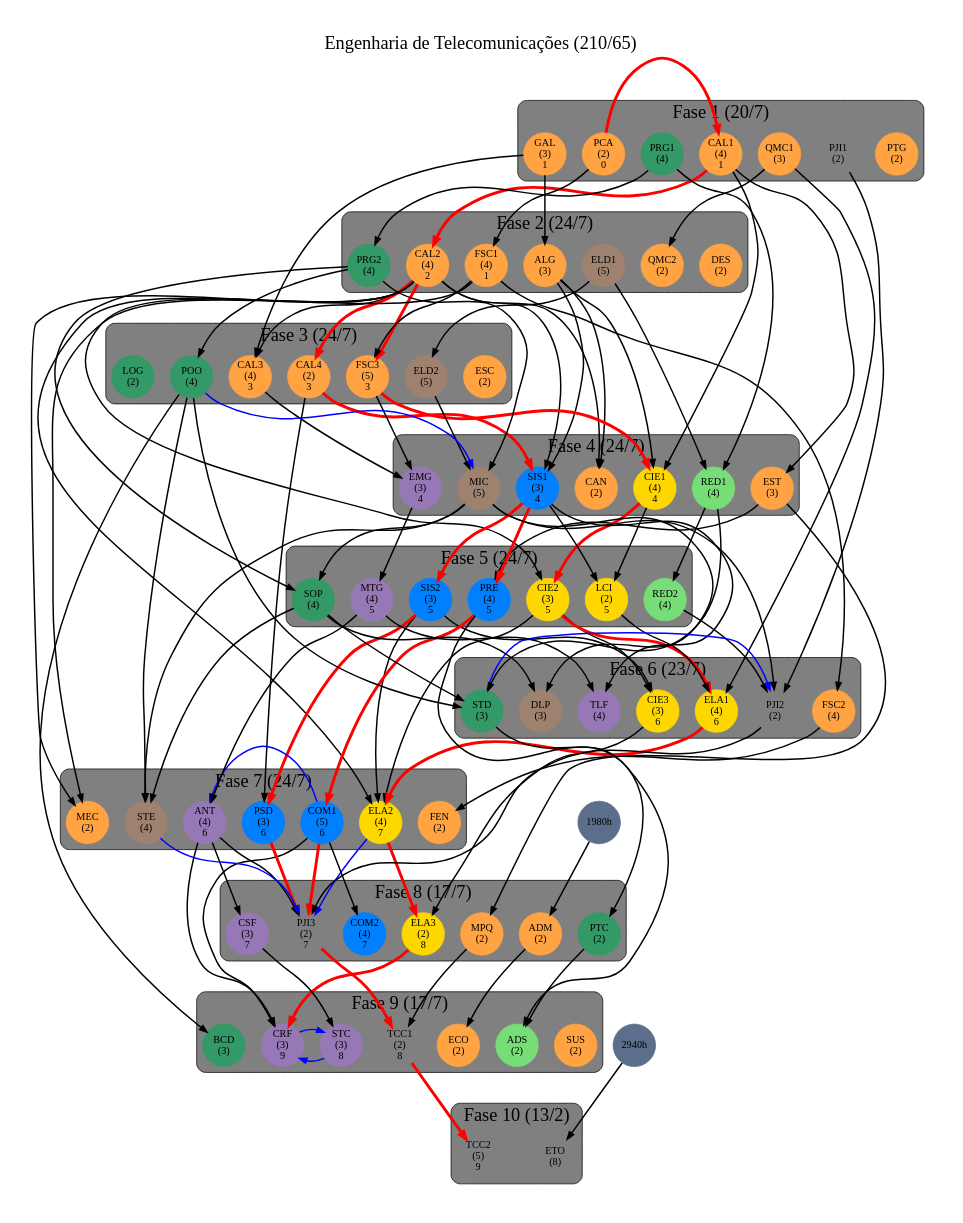
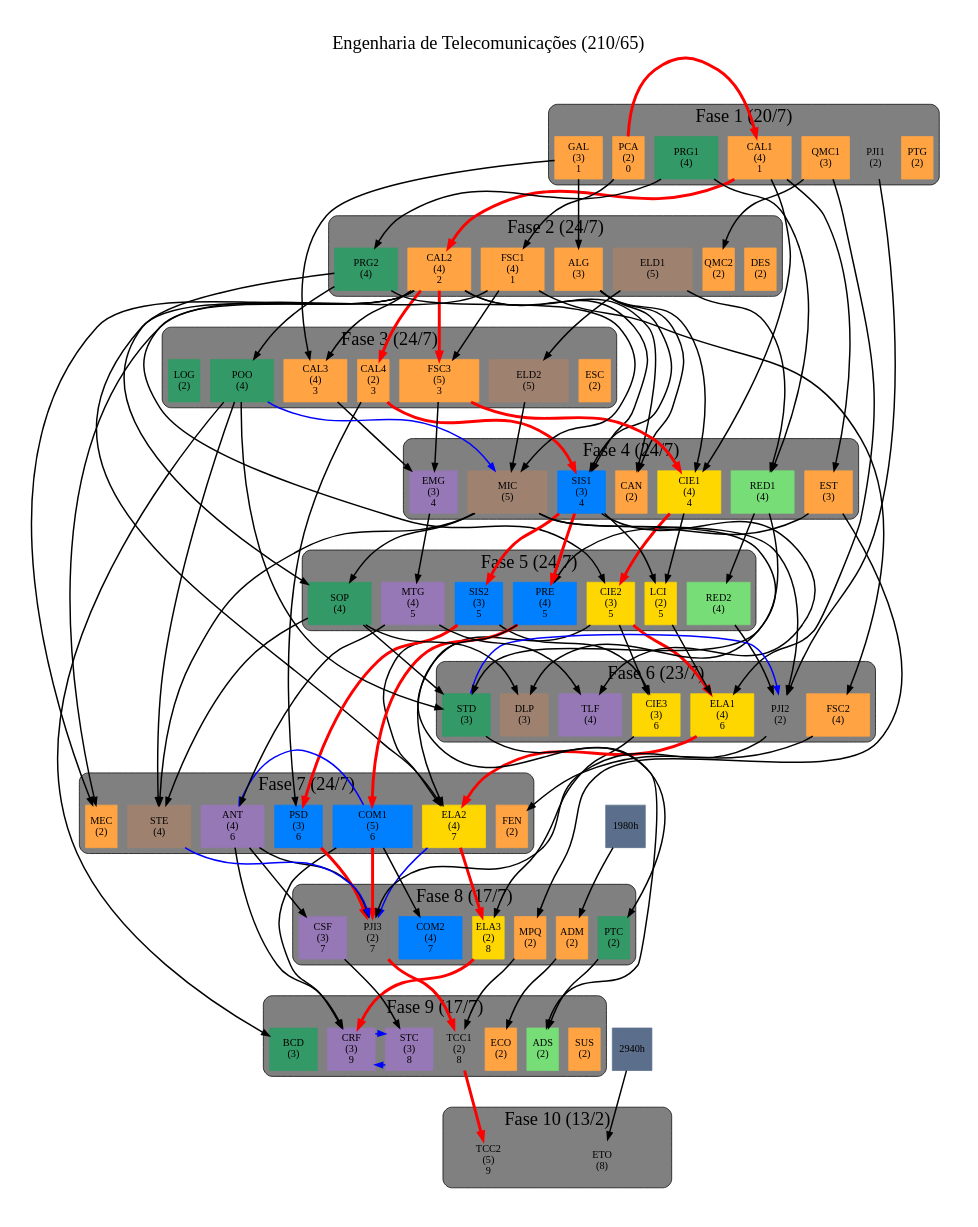
One commit to emersonmello/grade-dot-engtelecom changed the diagram in engtelecom.dot. Above: the diagram before and after it, drawn with Graphviz.

Commit message:
Caixas proporcionais a CH

```diff
--- a/engtelecom.dot
+++ b/engtelecom.dot
@@ -8,8 +8,8 @@
    
     // bgcolor="#2e3e56"
 	  pad="0.5" /* add padding round the edge of the graph */
-    graph [nodesep=0.3, ranksep=1.3, fontname="helvetica Neue Ultra Light", fontcolor="#000000" fontsize=25]
-    node [shape="circle", width=".8", style="filled", labelloc=c, fontname="helvetica Neue Ultra Light bold"fixedsize=true]
+    graph [nodesep=0.2, ranksep=1.3, fontname="helvetica Neue Ultra Light", fontcolor="#000000" fontsize=25]
+    node [shape="rectangle", height=0.8,  style="filled", labelloc=c, fontname="helvetica Neue Ultra Light bold"fixedsize=true]
     // edge [color="#fcfcfc", penwidth="2", fontname="helvetica Neue Ultra Light"]
     edge [color="#000000", penwidth="2", fontname="helvetica Neue Ultra Light"]
  
@@ -177,7 +177,6 @@
       MTG  SIS2 PRE  CIE2 LCI RED2 SOP #24
     }
 
-
     subgraph cluster_fase6  {
       label = "Fase 6 (23/7)"
       style="rounded"
@@ -203,6 +202,7 @@
     subgraph cluster_fase8 {
       label = "Fase 8 (17/7)"
       style="rounded"
+
       bgcolor=grey
       // style=filled
       color=black
@@ -232,7 +232,6 @@
       TCC2 ETO #13
     }
 
-
       // expressão regular
       // (\w{3,4}) (\[ch=\d{2,3}) - find
       // $1 $2, color="#FFA343, id=$1 - replace
@@ -241,86 +240,86 @@
     horas2940 [label="2940h", color="#5b6e8b", id="2940h"]
     horas1980 [label="1980h", color="#5b6e8b", id="1980h"]
 
-    ADM [ch=40, color="#FFA343", id=ADM, label="ADM \n(2)"] # TODO pré-requisito 1980h
-    ALG [ch=60, color="#FFA343", id=ALG, label="ALG \n(3)"]
-    CAL1 [ch=80, color="#FFA343", id=CAL1, label="CAL1 \n(4) \n 1"]
-    CAL2 [ch=80, color="#FFA343", id=CAL2, label="CAL2 \n(4) \n 2"]
-    CAL3 [ch=80, color="#FFA343", id=CAL3, label="CAL3 \n(4) \n 3"]
-    CAL4 [ch=40, color="#FFA343", id=CAL4, label="CAL4 \n(2) \n 3"]
-    CAN [ch=40, color="#FFA343", id=CAN, label="CAN \n(2)"]
-    DES [ch=40, color="#FFA343", id=DES, label="DES \n(2)"]
-    ECO [ch=40, color="#FFA343", id=ECO, label="ECO \n(2)"]
-    ESC [ch=40, color="#FFA343", id=ESC, label="ESC \n(2)"]
-    EST [ch=60, color="#FFA343", id=EST, label="EST \n(3)"]
-    FEN [ch=40, color="#FFA343", id=FEN, label="FEN \n(2)"]
-    FSC1 [ch=80, color="#FFA343", id=FSC1, label="FSC1 \n(4) \n 1"]
-    FSC2 [ch=80, color="#FFA343", id=FSC2, label="FSC2 \n(4)"]
-    FSC3 [ch=100, color="#FFA343", id=FSC3, label="FSC3 \n(5) \n 3"] # TODO verificar se terá redução de CH
-    GAL [ch=60, color="#FFA343", id=GAL, label="GAL \n(3) \n 1"]
-    MEC [ch=40, color="#FFA343", id=MEC, label="MEC \n(2)"]
-    MPQ [ch=40, color="#FFA343", id=MPQ, label="MPQ \n(2)"]
-    PCA [ch=40, color="#FFA343", id=PCA, label="PCA \n(2) \n 0"]
-    PTG [ch=40, color="#FFA343", id=PTG, label="PTG \n(2)"] # TODO pré-requisito 1980h
-    QMC1 [ch=60, color="#FFA343", id=QMC1, label="QMC1 \n(3)"]
-    QMC2 [ch=40, color="#FFA343", id=QMC2, label="QMC2 \n(2)"]
-    SUS [ch=40, color="#FFA343", id=SUS, label="SUS \n(2)"]
+    ADM [ch=40, color="#FFA343", id=ADM, label="ADM \n(2)",  width=0.6] # TODO pré-requisito 1980h
+    ALG [ch=60, color="#FFA343", id=ALG, label="ALG \n(3)",  width=0.9]
+    CAL1 [ch=80, color="#FFA343", id=CAL1, label="CAL1 \n(4) \n 1",  width=1.2]
+    CAL2 [ch=80, color="#FFA343", id=CAL2, label="CAL2 \n(4) \n 2",  width=1.2]
+    CAL3 [ch=80, color="#FFA343", id=CAL3, label="CAL3 \n(4) \n 3",  width=1.2]
+    CAL4 [ch=40, color="#FFA343", id=CAL4, label="CAL4 \n(2) \n 3",  width=0.6]
+    CAN [ch=40, color="#FFA343", id=CAN, label="CAN \n(2)",  width=0.6]
+    DES [ch=40, color="#FFA343", id=DES, label="DES \n(2)",  width=0.6]
+    ECO [ch=40, color="#FFA343", id=ECO, label="ECO \n(2)",  width=0.6]
+    ESC [ch=40, color="#FFA343", id=ESC, label="ESC \n(2)",  width=0.6]
+    EST [ch=60, color="#FFA343", id=EST, label="EST \n(3)",  width=0.9]
+    FEN [ch=40, color="#FFA343", id=FEN, label="FEN \n(2)",  width=0.6]
+    FSC1 [ch=80, color="#FFA343", id=FSC1, label="FSC1 \n(4) \n 1",  width=1.2]
+    FSC2 [ch=80, color="#FFA343", id=FSC2, label="FSC2 \n(4)",  width=1.2]
+    FSC3 [ch=100, color="#FFA343", id=FSC3, label="FSC3 \n(5) \n 3",  width=1.5] # TODO verificar se terá redução de CH
+    GAL [ch=60, color="#FFA343", id=GAL, label="GAL \n(3) \n 1",  width=0.9]
+    MEC [ch=40, color="#FFA343", id=MEC, label="MEC \n(2)",  width=0.6]
+    MPQ [ch=40, color="#FFA343", id=MPQ, label="MPQ \n(2)",  width=0.6]
+    PCA [ch=40, color="#FFA343", id=PCA, label="PCA \n(2) \n 0",  width=0.6]
+    PTG [ch=40, color="#FFA343", id=PTG, label="PTG \n(2)",  width=0.6] # TODO pré-requisito 1980h
+    QMC1 [ch=60, color="#FFA343", id=QMC1, label="QMC1 \n(3)",  width=0.9]
+    QMC2 [ch=40, color="#FFA343", id=QMC2, label="QMC2 \n(2)",  width=0.6]
+    SUS [ch=40, color="#FFA343", id=SUS, label="SUS \n(2)",  width=0.6]
 
 
 
-    CIE1 [ch=80, color="#FFD700", id=CIE1, label="CIE1 \n(4) \n 4"]
-    CIE2 [ch=60, color="#FFD700", id=CIE2, label="CIE2 \n(3) \n 5"]
-    LCI  [ch=40, color="#FFD700", id=LCI,  label="LCI  \n(2) \n 5"]
-    CIE3 [ch=60, color="#FFD700", id=CIE3, label="CIE3 \n(3) \n 6"]
-    ELA1 [ch=80, color="#FFD700", id=ELA1, label="ELA1 \n(4) \n 6"]
-    ELA2 [ch=80, color="#FFD700", id=ELA2, label="ELA2 \n(4) \n 7"]
-    ELA3 [ch=40, color="#FFD700", id=ELA3, label="ELA3 \n(2) \n 8"]
+    CIE1 [ch=80, color="#FFD700", id=CIE1, label="CIE1 \n(4) \n 4",  width=1.2]
+    CIE2 [ch=60, color="#FFD700", id=CIE2, label="CIE2 \n(3) \n 5",  width=0.9]
+    LCI  [ch=40, color="#FFD700", id=LCI,  label="LCI  \n(2) \n 5",  width=0.6]
+    CIE3 [ch=60, color="#FFD700", id=CIE3, label="CIE3 \n(3) \n 6",  width=0.9]
+    ELA1 [ch=80, color="#FFD700", id=ELA1, label="ELA1 \n(4) \n 6",  width=1.2]
+    ELA2 [ch=80, color="#FFD700", id=ELA2, label="ELA2 \n(4) \n 7",  width=1.2]
+    ELA3 [ch=40, color="#FFD700", id=ELA3, label="ELA3 \n(2) \n 8",  width=0.6]
 
 
 
-    COM1 [ch=100, color="#007FFF", id=COM1, label="COM1 \n(5) \n 6"]
-    COM2 [ch=80, color="#007FFF", id=COM2, label="COM2 \n(4) \n 7"]
-    PRE  [ch=80, color="#007FFF", id=PRE, label="PRE \n(4) \n 5"]
-    PSD  [ch=60, color="#007FFF", id=PSD, label="PSD \n(3) \n 6"]
-    SIS1 [ch=60, color="#007FFF", id=SIS1, label="SIS1 \n(3) \n 4"]
-    SIS2 [ch=60, color="#007FFF", id=SIS2, label="SIS2 \n(3) \n 5"]
+    COM1 [ch=100, color="#007FFF", id=COM1, label="COM1 \n(5) \n 6",  width=1.5]
+    COM2 [ch=80, color="#007FFF", id=COM2, label="COM2 \n(4) \n 7",  width=1.2]
+    PRE  [ch=80, color="#007FFF", id=PRE, label="PRE \n(4) \n 5",  width=1.2]
+    PSD  [ch=60, color="#007FFF", id=PSD, label="PSD \n(3) \n 6",  width=0.9]
+    SIS1 [ch=60, color="#007FFF", id=SIS1, label="SIS1 \n(3) \n 4",  width=0.9]
+    SIS2 [ch=60, color="#007FFF", id=SIS2, label="SIS2 \n(3) \n 5",  width=0.9]
 
 
-    ETO [ch=160, color="#808080", id=ETO, label="ETO \n(8)"]
-    PJI1 [ch=40, color="#808080", id=PJI1, label="PJI1 \n(2)"]
-    PJI2 [ch=40, color="#808080", id=PJI2, label="PJI2 \n(2)"]
-    PJI3 [ch=40, color="#808080", id=PJI3, label="PJI3 \n(2) \n 7"]
-    TCC1 [ch=40, color="#808080", id=TCC1, label="TCC1 \n(2) \n 8"]
-    TCC2 [ch=100, color="#808080", id=TCC2, label="TCC2 \n(5) \n 9"]
+    ETO [ch=160, color="#808080", id=ETO, label="ETO \n(8)",  width=2.4]
+    PJI1 [ch=40, color="#808080", id=PJI1, label="PJI1 \n(2)",  width=0.6]
+    PJI2 [ch=40, color="#808080", id=PJI2, label="PJI2 \n(2)",  width=0.6]
+    PJI3 [ch=40, color="#808080", id=PJI3, label="PJI3 \n(2) \n 7",  width=0.6]
+    TCC1 [ch=40, color="#808080", id=TCC1, label="TCC1 \n(2) \n 8",  width=0.6]
+    TCC2 [ch=100, color="#808080", id=TCC2, label="TCC2 \n(5) \n 9",  width=1.5]
 
 
-    DLP [ch=60, color="#9F8170", id=DLP, label="DLP \n(3)"]
-    ELD1 [ch=100, color="#9F8170", id=ELD1, label="ELD1 \n(5)"]
-    ELD2 [ch=100, color="#9F8170", id=ELD2, label="ELD2 \n(5)"]
-    MIC [ch=100, color="#9F8170", id=MIC, label="MIC \n(5)"]
-    STE [ch=80, color="#9F8170", id=STE, label="STE \n(4)"]
+    DLP [ch=60, color="#9F8170", id=DLP, label="DLP \n(3)",  width=0.9]
+    ELD1 [ch=100, color="#9F8170", id=ELD1, label="ELD1 \n(5)",  width=1.5]
+    ELD2 [ch=100, color="#9F8170", id=ELD2, label="ELD2 \n(5)",  width=1.5]
+    MIC [ch=100, color="#9F8170", id=MIC, label="MIC \n(5)",  width=1.5]
+    STE [ch=80, color="#9F8170", id=STE, label="STE \n(4)",  width=1.2]
 
 
-    EMG [ch=60, color="#9678B6", id=EMG, label="EMG \n(3) \n 4"]
-    MTG [ch=80, color="#9678B6", id=MTG, label="MTG \n(4) \n 5"]
-    ANT [ch=80, color="#9678B6", id=ANT, label="ANT \n(4) \n 6"]
-    CSF [ch=60, color="#9678B6", id=CSF, label="CSF \n(3) \n 7"]
-    STC [ch=60, color="#9678B6", id=STC, label="STC \n(3) \n 8"]
-    CRF [ch=60, color="#9678B6", id=CRF, label="CRF \n(3) \n 9"]
-    TLF [ch=80, color="#9678B6", id=TLF, label="TLF \n(4)"]
+    EMG [ch=60, color="#9678B6", id=EMG, label="EMG \n(3) \n 4",  width=0.9]
+    MTG [ch=80, color="#9678B6", id=MTG, label="MTG \n(4) \n 5",  width=1.2]
+    ANT [ch=80, color="#9678B6", id=ANT, label="ANT \n(4) \n 6",  width=1.2]
+    CSF [ch=60, color="#9678B6", id=CSF, label="CSF \n(3) \n 7",  width=0.9]
+    STC [ch=60, color="#9678B6", id=STC, label="STC \n(3) \n 8",  width=0.9]
+    CRF [ch=60, color="#9678B6", id=CRF, label="CRF \n(3) \n 9",  width=0.9]
+    TLF [ch=80, color="#9678B6", id=TLF, label="TLF \n(4)",  width=1.2]
 
 
-    ADS [ch=40, color="#77DD77", id=ADS, label="ADS \n(2)"]
-    RED1 [ch=80, color="#77DD77", id=RED1, label="RED1 \n(4)"]
-    RED2 [ch=80, color="#77DD77", id=RED2, label="RED2 \n(4)"]
+    ADS [ch=40, color="#77DD77", id=ADS, label="ADS \n(2)",  width=0.6]
+    RED1 [ch=80, color="#77DD77", id=RED1, label="RED1 \n(4)",  width=1.2]
+    RED2 [ch=80, color="#77DD77", id=RED2, label="RED2 \n(4)",  width=1.2]
 
 
-    BCD [ch=60, color="#339966", id=BCD, label="BCD \n(3)"]
-    LOG [ch=40, color="#339966", id=LOG, label="LOG \n(2)"]
-    POO [ch=80, color="#339966", id=POO, label="POO \n(4)"]
-    PRG1 [ch=80, color="#339966", id=PRG1, label="PRG1 \n(4)"]
-    PRG2 [ch=80, color="#339966", id=PRG2, label="PRG2 \n(4)"]
-    PTC [ch=40, color="#339966", id=PTC, label="PTC \n(2)"]
-    SOP [ch=80, color="#339966", id=SOP, label="SOP \n(4)"]
-    STD [ch=60, color="#339966", id=STD, label="STD \n(3)"]
+    BCD [ch=60, color="#339966", id=BCD, label="BCD \n(3)",  width=0.9]
+    LOG [ch=40, color="#339966", id=LOG, label="LOG \n(2)",  width=0.6]
+    POO [ch=80, color="#339966", id=POO, label="POO \n(4)",  width=1.2]
+    PRG1 [ch=80, color="#339966", id=PRG1, label="PRG1 \n(4)",  width=1.2]
+    PRG2 [ch=80, color="#339966", id=PRG2, label="PRG2 \n(4)",  width=1.2]
+    PTC [ch=40, color="#339966", id=PTC, label="PTC \n(2)",  width=0.6]
+    SOP [ch=80, color="#339966", id=SOP, label="SOP \n(4)",  width=1.2]
+    STD [ch=60, color="#339966", id=STD, label="STD \n(3)",  width=0.9]
 
 }
```
